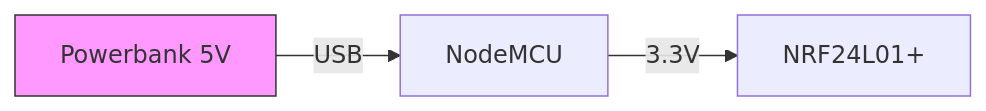
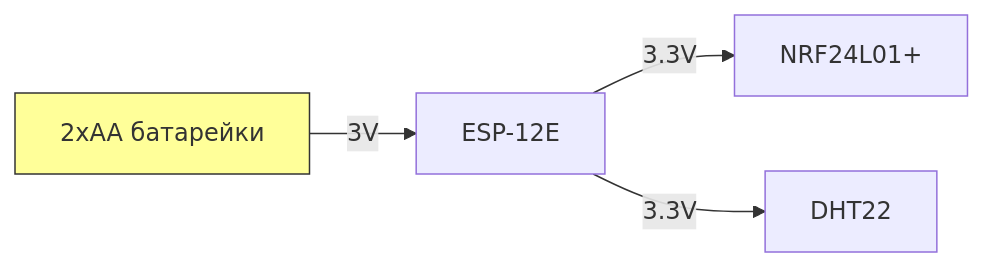
Before and after one commit to VladSinyutkin/AgroMonitoring: the third of 4 diagrams in docs/wiring.md, drawn with Mermaid. The commit also changed other lines of this file, not shown here.

Commit message:
Исправлена схема питания

````diff
--- a/docs/wiring.md
+++ b/docs/wiring.md
@@ -147,6 +120,7 @@
 ```mermaid
 graph LR
-    A[Powerbank 5V] -->|USB| B[NodeMCU]
+    A[2xAA батарейки] -->|3V| B[ESP-12E]
     B -->|3.3V| C[NRF24L01+]
-    style A fill:#f9f,stroke:#333
+    B -->|3.3V| D[DHT22]
+    style A fill:#ff9,stroke:#333
 ```
````
